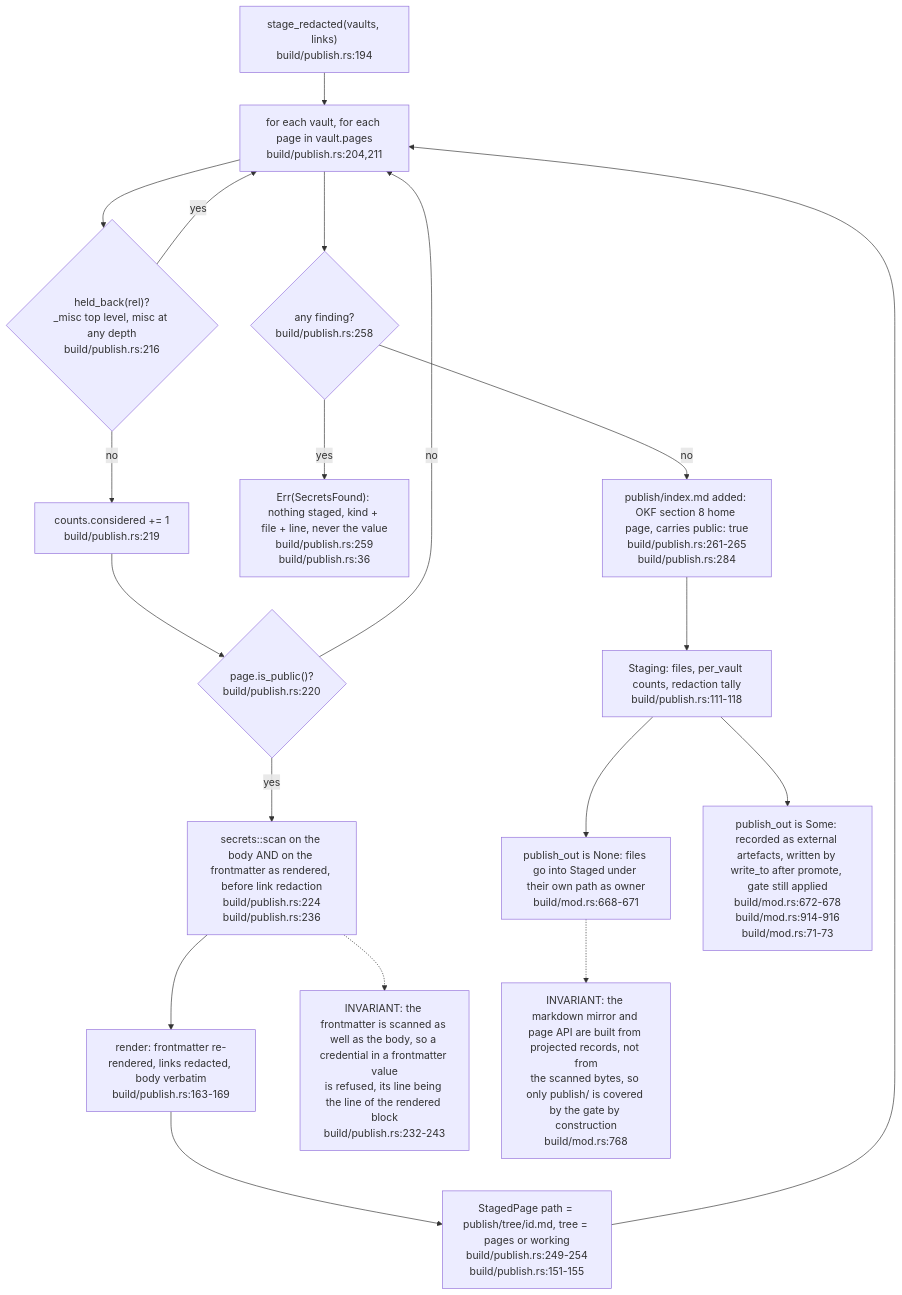
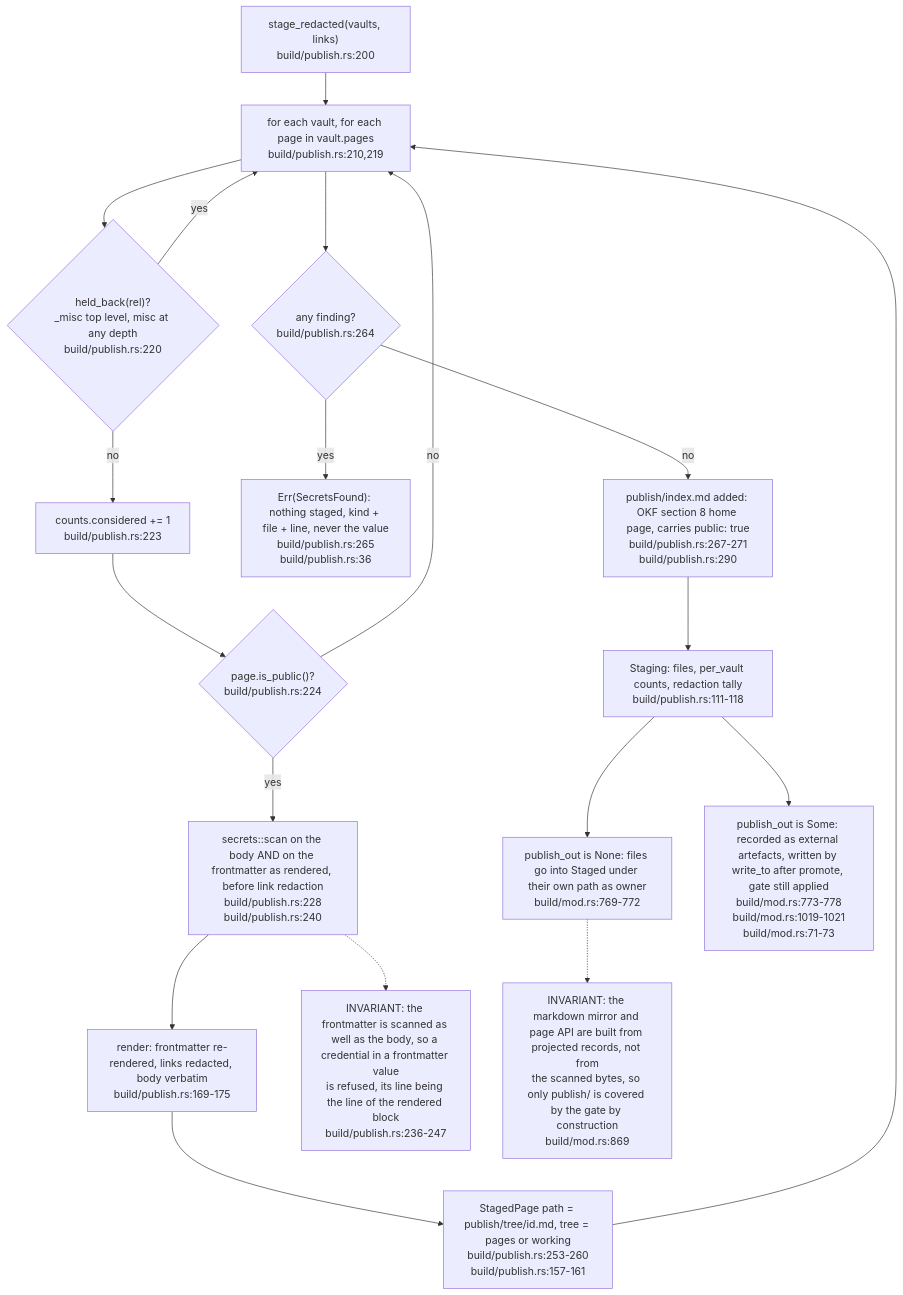
One commit to DreamLab-AI/VisionFlow changed the fourth of 8 diagrams in docs/diagrams/ontomark/03-build-run-gates-staging-and-generation.md. Above: the diagram before and after it, drawn with Mermaid. The commit also changed other lines of this file and 160 other files, not shown here.

````diff
--- a/docs/diagrams/ontomark/03-build-run-gates-staging-and-generation.md
+++ b/docs/diagrams/ontomark/03-build-run-gates-staging-and-generation.md
@@ -141,31 +146,31 @@
 ```mermaid
 flowchart TD
-    IN["stage_redacted(vaults, links)<br/>build/publish.rs:194"]
-    LOOP["for each vault, for each page in vault.pages<br/>build/publish.rs:204,211"]
-    HB{"held_back(rel)?<br/>_misc top level, misc at any depth<br/>build/publish.rs:216"}
-    CONS["counts.considered += 1<br/>build/publish.rs:219"]
-    PUBQ{"page.is_public()?<br/>build/publish.rs:220"}
-    SCAN["secrets::scan on the body AND on the frontmatter as rendered, before link redaction<br/>build/publish.rs:224<br/>build/publish.rs:236"]
-    REND["render: frontmatter re-rendered, links redacted, body verbatim<br/>build/publish.rs:163-169"]
-    PUSH["StagedPage path = publish/tree/id.md, tree = pages or working<br/>build/publish.rs:249-254<br/>build/publish.rs:151-155"]
-    FIND{"any finding?<br/>build/publish.rs:258"}
-    ERR["Err(SecretsFound): nothing staged, kind + file + line, never the value<br/>build/publish.rs:259<br/>build/publish.rs:36"]
-    IDX["publish/index.md added: OKF section 8 home page, carries public: true<br/>build/publish.rs:261-265<br/>build/publish.rs:284"]
+    IN["stage_redacted(vaults, links)<br/>build/publish.rs:200"]
+    LOOP["for each vault, for each page in vault.pages<br/>build/publish.rs:210,219"]
+    HB{"held_back(rel)?<br/>_misc top level, misc at any depth<br/>build/publish.rs:220"}
+    CONS["counts.considered += 1<br/>build/publish.rs:223"]
+    PUBQ{"page.is_public()?<br/>build/publish.rs:224"}
+    SCAN["secrets::scan on the body AND on the frontmatter as rendered, before link redaction<br/>build/publish.rs:228<br/>build/publish.rs:240"]
+    REND["render: frontmatter re-rendered, links redacted, body verbatim<br/>build/publish.rs:169-175"]
+    PUSH["StagedPage path = publish/tree/id.md, tree = pages or working<br/>build/publish.rs:253-260<br/>build/publish.rs:157-161"]
+    FIND{"any finding?<br/>build/publish.rs:264"}
+    ERR["Err(SecretsFound): nothing staged, kind + file + line, never the value<br/>build/publish.rs:265<br/>build/publish.rs:36"]
+    IDX["publish/index.md added: OKF section 8 home page, carries public: true<br/>build/publish.rs:267-271<br/>build/publish.rs:290"]
     RET["Staging: files, per_vault counts, redaction tally<br/>build/publish.rs:111-118"]
-    BUN["publish_out is None: files go into Staged under their own path as owner<br/>build/mod.rs:668-671"]
-    SEP["publish_out is Some: recorded as external artefacts, written by write_to after promote, gate still applied<br/>build/mod.rs:672-678<br/>build/mod.rs:914-916<br/>build/mod.rs:71-73"]
-    N1["INVARIANT: the frontmatter is scanned as well as the body, so a credential in a frontmatter value<br/>is refused, its line being the line of the rendered block<br/>build/publish.rs:232-243"]
-    N2["INVARIANT: the markdown mirror and page API are built from projected records, not from<br/>the scanned bytes, so only publish/ is covered by the gate by construction<br/>build/mod.rs:768"]
+    BUN["publish_out is None: files go into Staged under their own path as owner<br/>build/mod.rs:769-772"]
+    SEP["publish_out is Some: recorded as external artefacts, written by write_to after promote, gate still applied<br/>build/mod.rs:773-778<br/>build/mod.rs:1019-1021<br/>build/mod.rs:71-73"]
+    N1["INVARIANT: the frontmatter is scanned as well as the body, so a credential in a frontmatter value<br/>is refused, its line being the line of the rendered block<br/>build/publish.rs:236-247"]
+    N2["INVARIANT: the markdown mirror and page API are built from projected records, not from<br/>the scanned bytes, so only publish/ is covered by the gate by construction<br/>build/mod.rs:869"]
     IN --> LOOP --> HB
     HB -- yes --> LOOP
     HB -- no --> CONS --> PUBQ
     PUBQ -- no --> LOOP
     PUBQ -- yes --> SCAN --> REND --> PUSH --> LOOP
     LOOP --> FIND
     FIND -- yes --> ERR
     FIND -- no --> IDX --> RET
     RET --> BUN
     RET --> SEP
     SCAN -.-> N1
     BUN -.-> N2
 ```
````
